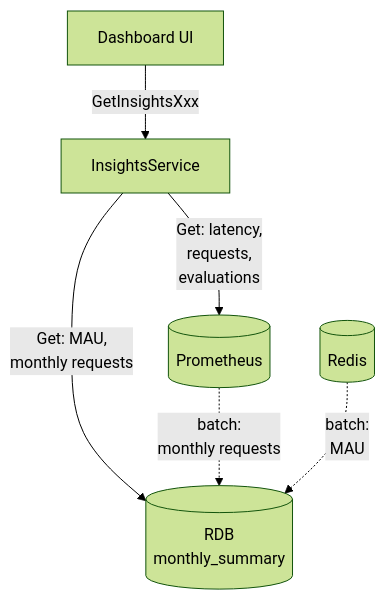
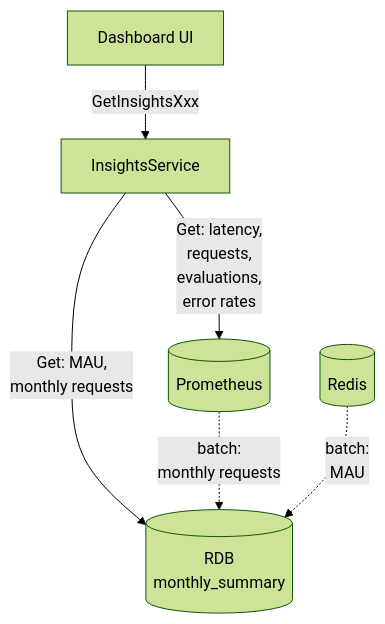
Before and after one commit to bucketeer-io/bucketeer: the first of 2 diagrams in docs/rfcs/0045-insights-dashboard.md, drawn with Mermaid (forest theme). The commit also changed other lines of this file and 1 other file, not shown here.

Commit message:
add ErrorRates

````diff
--- a/docs/rfcs/0045-insights-dashboard.md
+++ b/docs/rfcs/0045-insights-dashboard.md
@@ -43,10 +46,10 @@
 ```mermaid
 graph TD
     UI[Dashboard UI] -->|GetInsightsXxx| BK[InsightsService]
-    BK -->|Get: latency,<br>requests,<br>evaluations| PROM[(Prometheus)]
+    BK -->|Get: latency,<br>requests,<br>evaluations,<br>error rates| PROM[(Prometheus)]
     %% BK --> REDIS[(Redis)]
     BK -->|Get: MAU,<br>monthly requests|RDB[(RDB<br>monthly_summary)]
 
     PROM-.->|batch:<br>monthly requests|RDB
     REDIS[("Redis")]-.->|batch:<br>MAU|RDB
 ```
````
